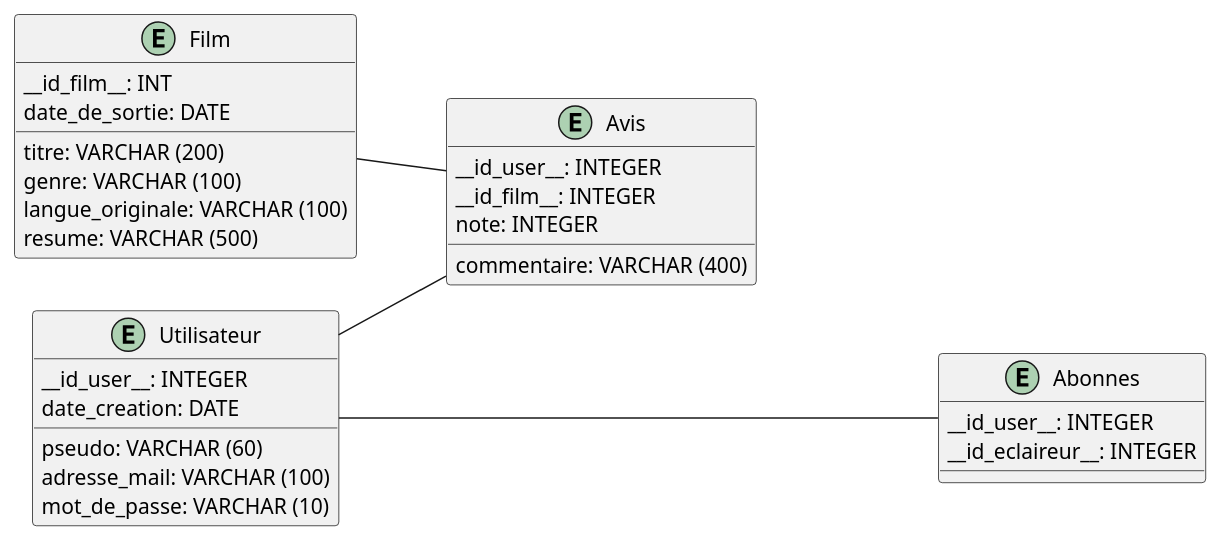
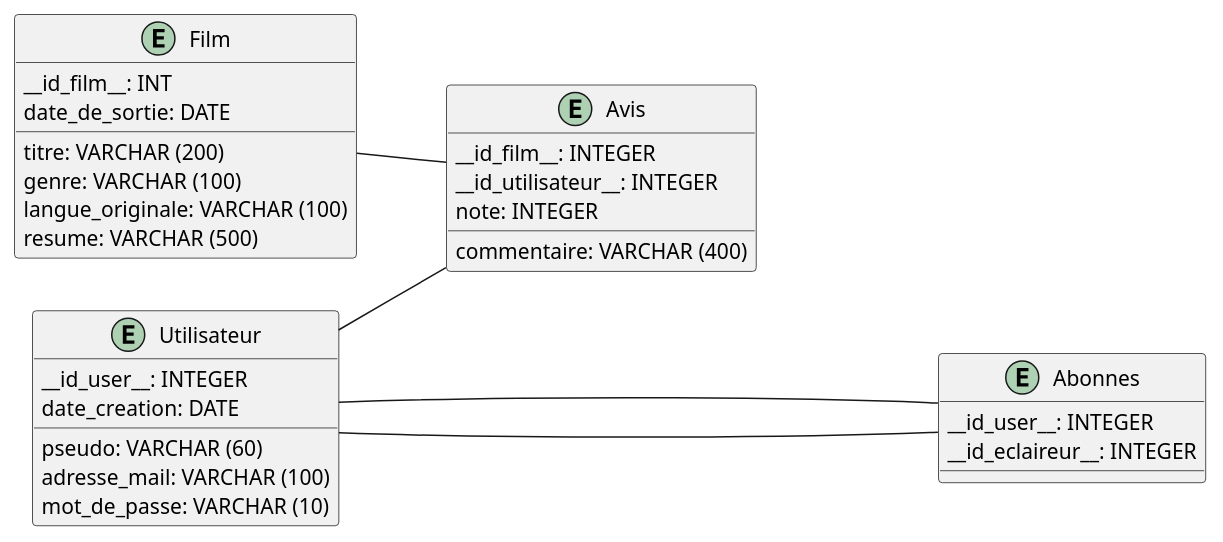
One commit to id2380/Projet2A_Template changed the diagram in doc/Diagramme de base de données/Diagramme de base de données.puml. Above: the diagram before and after it, drawn with PlantUML. The commit also changed 1 other file, not shown here.

Commit message:
diagrammes

```diff
--- a/doc/Diagramme de base de données/Diagramme de base de données.puml
+++ b/doc/Diagramme de base de données/Diagramme de base de données.puml
@@ -1,40 +1,41 @@
 @startuml Diagramme de base de données
 left to right direction
 
 entity "Utilisateur" as UTILISATEUR {
     __id_user__: INTEGER
     pseudo: VARCHAR (60)
     adresse_mail: VARCHAR (100)
     mot_de_passe: VARCHAR (10)
     date_creation: DATE
 }
 
 entity "Film" as FILM {
     __id_film__: INT
     titre: VARCHAR (200)
     genre: VARCHAR (100)
     date_de_sortie: DATE
     langue_originale: VARCHAR (100)
     resume: VARCHAR (500)
 }
 
 entity "Avis" as AVIS {
-    __id_user__: INTEGER
     __id_film__: INTEGER
+    __id_utilisateur__: INTEGER
+    commentaire: VARCHAR (400)
     note: INTEGER
-    commentaire: VARCHAR (400)
 }
 
 entity "Abonnes" as ABONNES {
     __id_user__: INTEGER
     __id_eclaireur__: INTEGER
 }
 
 ' Relations pour positionner Avis entre Utilisateur et Film
 UTILISATEUR -- AVIS
 FILM -- AVIS
 
 ' Relation avec Abonnes sous Utilisateur
 UTILISATEUR --down-- ABONNES
+UTILISATEUR --down-- ABONNES
 
 @enduml
```
